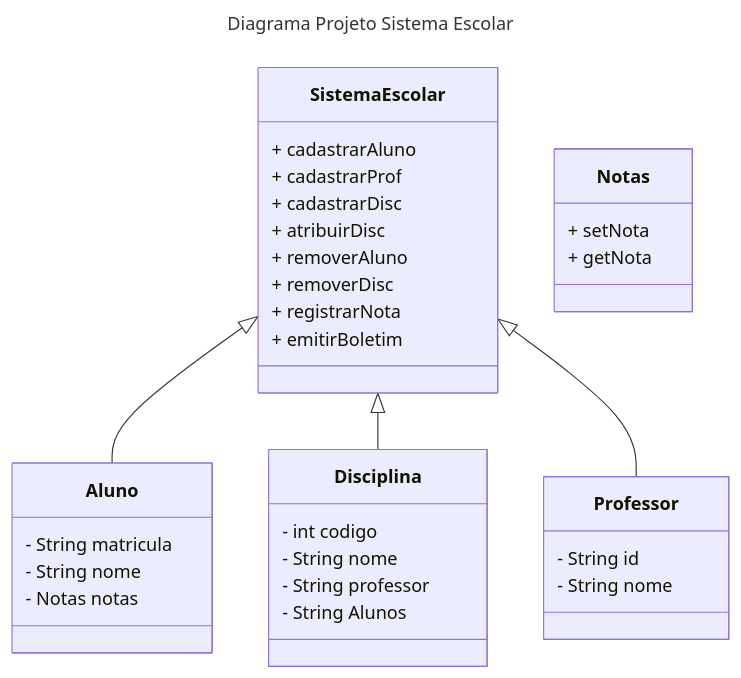
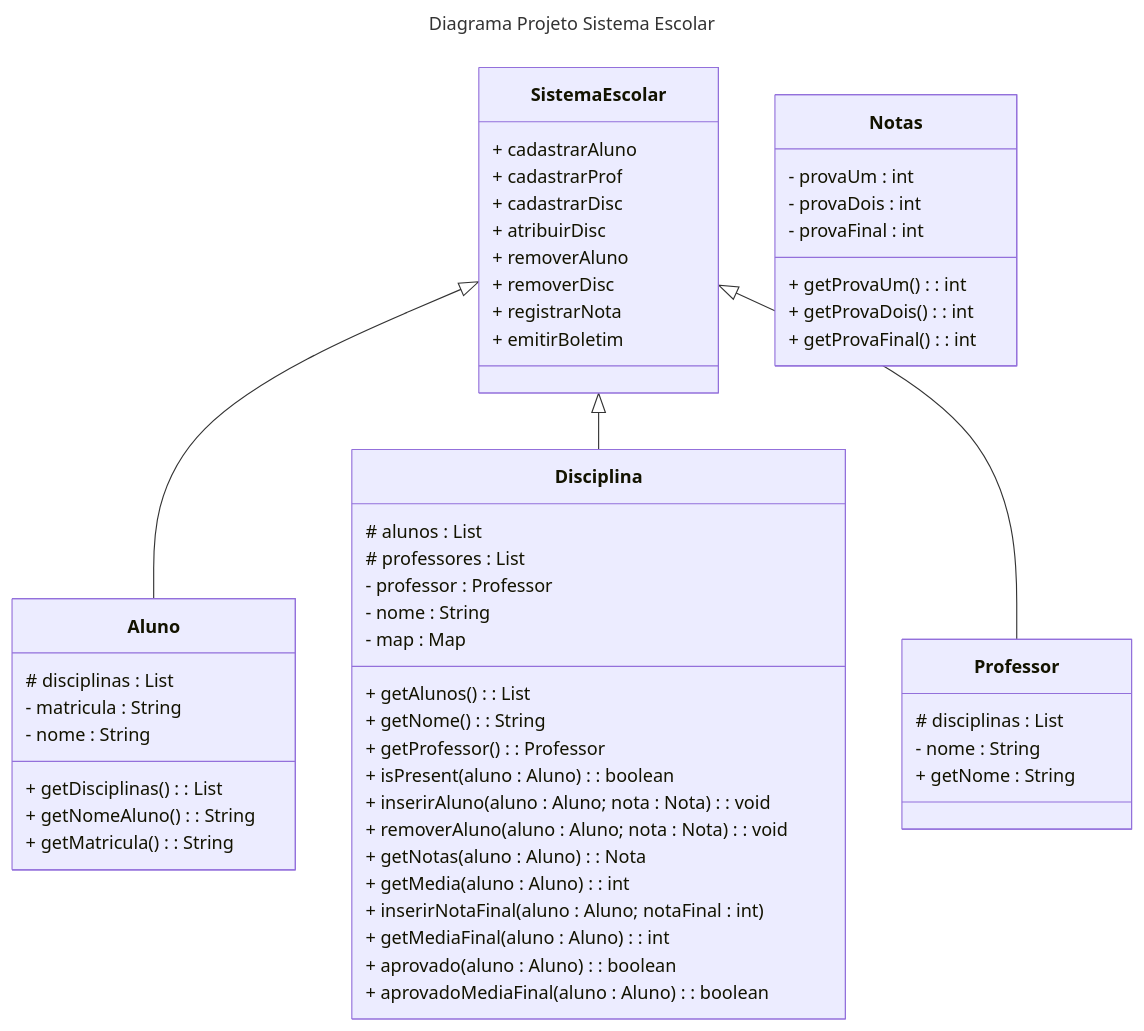
The diagram in Projeto_POO/diagrama.md (vSteps/POO), drawn with Mermaid before and after one commit.

````diff
--- a/Projeto_POO/diagrama.md
+++ b/Projeto_POO/diagrama.md
@@ -1,38 +1,60 @@
 ```mermaid
 ---
 title: Diagrama Projeto Sistema Escolar
 ---
 classDiagram
     SistemaEscolar <|-- Aluno
     SistemaEscolar <|-- Disciplina
     SistemaEscolar <|-- Professor
     SistemaEscolar : + cadastrarAluno
     SistemaEscolar : + cadastrarProf
     SistemaEscolar : + cadastrarDisc
     SistemaEscolar : + atribuirDisc
     SistemaEscolar : + removerAluno
     SistemaEscolar:  + removerDisc
     SistemaEscolar:  + registrarNota
     SistemaEscolar:  + emitirBoletim
     class Aluno{
-        - String matricula
-        - String nome
-        - Notas notas
+        # disciplinas : List<Disciplina>
+        - matricula : String
+        - nome : String
+        + getDisciplinas(): List<Disciplina>
+        + getNomeAluno(): String
+        + getMatricula(): String
+        
     }
     class Disciplina{
-        - int codigo
-        - String nome
-        - String professor
-        - String Alunos
+        # alunos : List<Aluno>
+        # professores : List<Professor>
+        - professor : Professor
+        - nome : String
+        - map : Map<Aluno, Nota>
+        + getAlunos() : List<Aluno>
+        + getNome() : String
+        + getProfessor() : Professor
+        + isPresent(aluno : Aluno) : boolean
+        + inserirAluno(aluno : Aluno; nota : Nota) : void
+        + removerAluno(aluno : Aluno; nota : Nota) : void
+        + getNotas(aluno : Aluno) : Nota
+        + getMedia(aluno : Aluno) : int
+        + inserirNotaFinal(aluno : Aluno; notaFinal : int)
+        + getMediaFinal(aluno : Aluno) : int
+        + aprovado(aluno : Aluno) : boolean
+        + aprovadoMediaFinal(aluno : Aluno) : boolean
     }
     class Professor{
-        - String id
-        - String nome
+        # disciplinas : List<Disciplina>
+        - nome : String
+        + getNome : String
     }
 
     class Notas{
-        + setNota
-        + getNota
+        - provaUm : int
+        - provaDois : int
+        - provaFinal : int
+        + getProvaUm() : int
+        + getProvaDois() : int
+        + getProvaFinal() : int
     }
 
 ```
````
